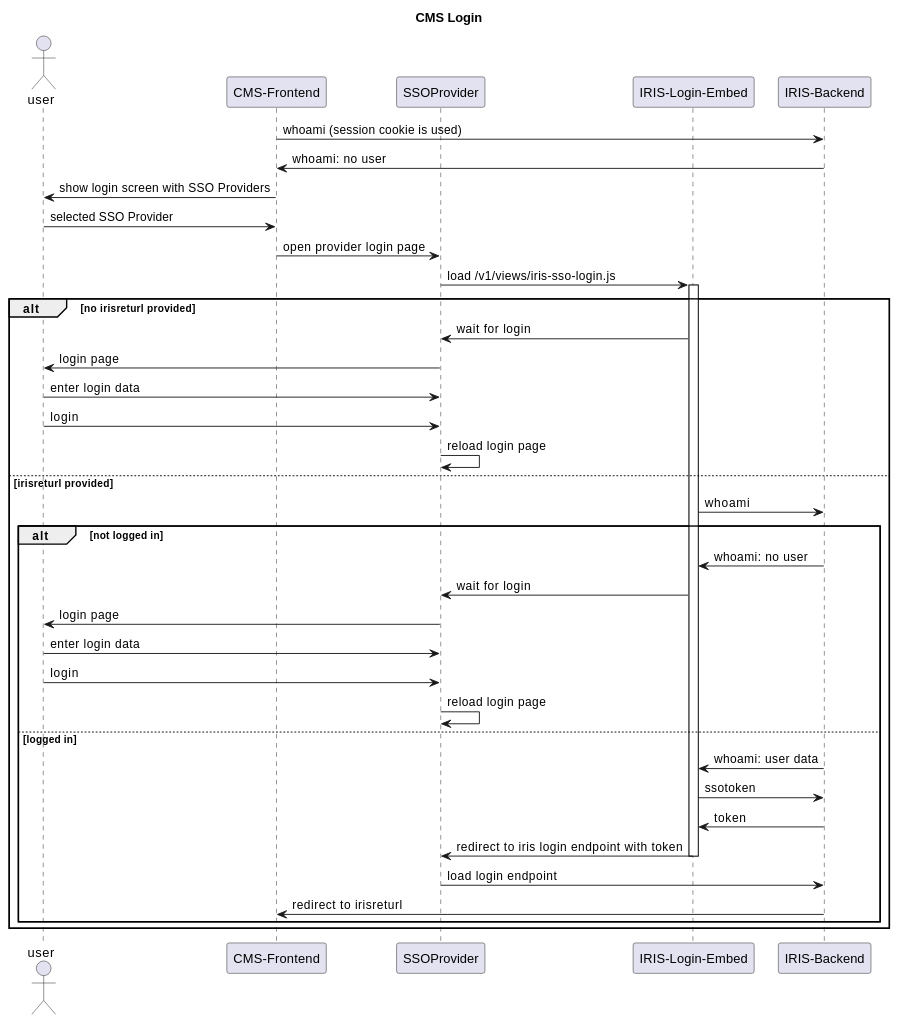
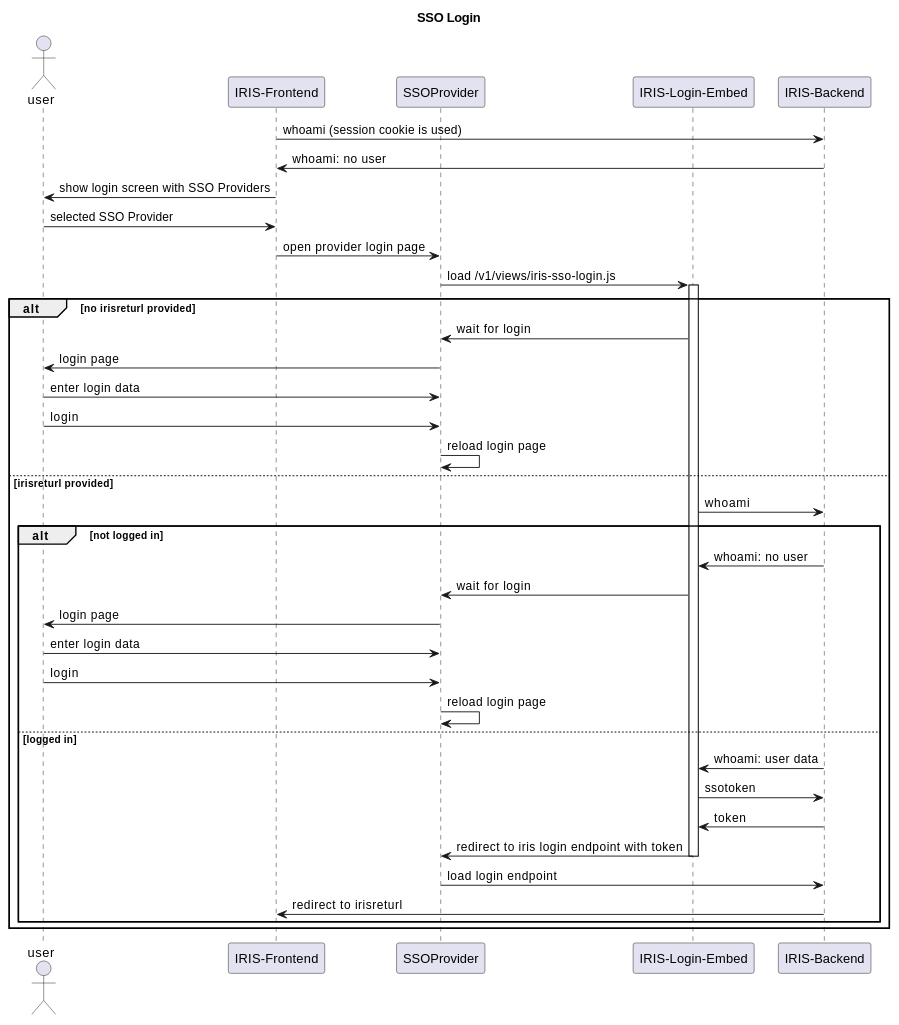
Before and after one commit to iris-dni/iris-service: the diagram in docs/sso-cms.rst, drawn with PlantUML. The commit also changed other lines of this file and 1 other file, not shown here.

Commit message:
documentation update

```diff
--- a/docs/sso-cms.rst
+++ b/docs/sso-cms.rst
@@ -10,46 +10,46 @@
 .. uml::
 
     @startuml
-    Title CMS Login
+    Title SSO Login
 
     actor user
-    participant "CMS-Frontend" as cms
+    participant "IRIS-Frontend" as frontend
     participant "SSOProvider" as provider
     participant "IRIS-Login-Embed" as iris
     participant "IRIS-Backend" as backend
 
-    cms -> backend : whoami (session cookie is used)
-    backend -> cms : whoami: no user
-    cms -> user : show login screen with SSO Providers
-    user -> cms : selected SSO Provider
-    cms -> provider : open provider login page
+    frontend -> backend : whoami (session cookie is used)
+    backend -> frontend : whoami: no user
+    frontend -> user : show login screen with SSO Providers
+    user -> frontend : selected SSO Provider
+    frontend -> provider : open provider login page
     provider -> iris : load /v1/views/iris-sso-login.js
     activate iris
     alt no irisreturl provided
       iris -> provider : wait for login
       provider -> user : login page
       user -> provider : enter login data
       user -> provider : login
       provider -> provider : reload login page
     else irisreturl provided
       iris -> backend : whoami
       alt not logged in
         backend -> iris : whoami: no user
         iris -> provider : wait for login
         provider -> user : login page
         user -> provider : enter login data
         user -> provider : login
         provider -> provider : reload login page
       else logged in
         backend -> iris : whoami: user data
         iris -> backend : ssotoken
         backend -> iris : token
         iris -> provider : redirect to iris login endpoint with token
         deactivate iris
         provider -> backend : load login endpoint
-        backend -> cms : redirect to irisreturl
+        backend -> frontend : redirect to irisreturl
       end
     end
     deactivate iris
 
     @enduml
```
